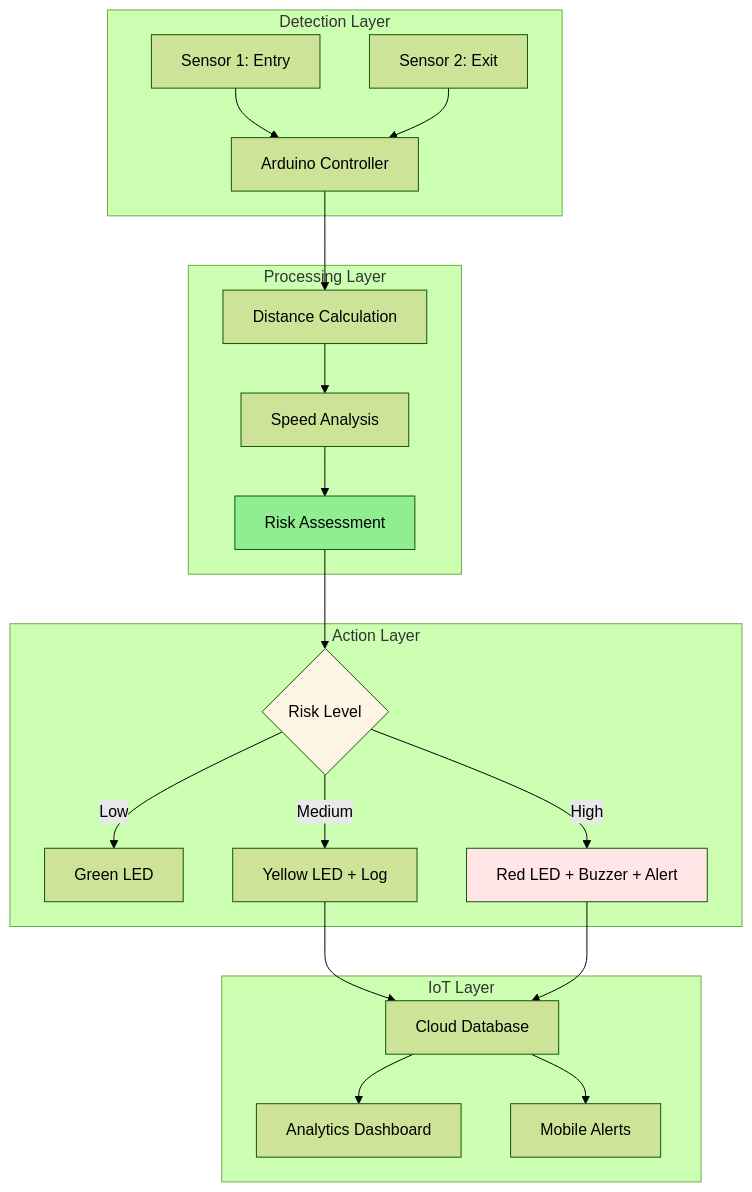
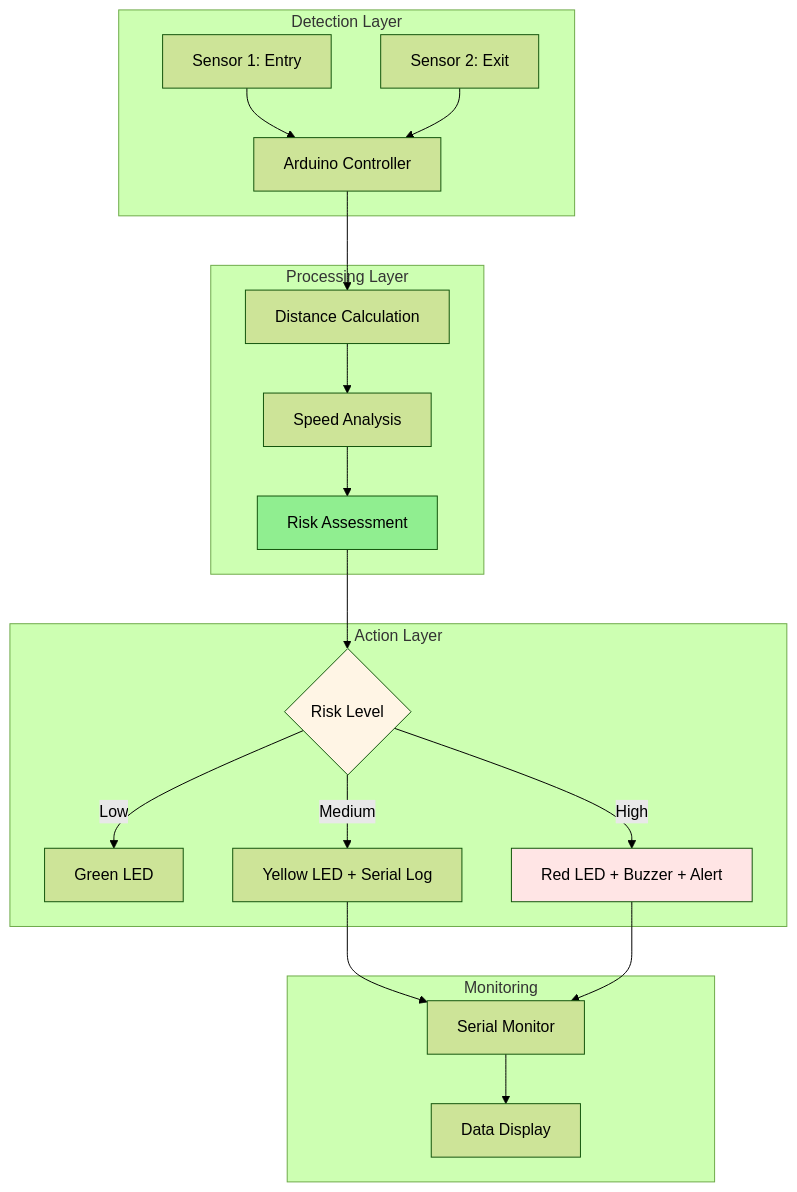
One commit to FlemingJohn/U-Turn-Guardians changed the second of 2 diagrams in README.md. Above: the diagram before and after it, drawn with Mermaid (forest theme). The commit also changed other lines of this file, not shown here.

Commit message:
Remove cloud/IoT references - update to accurate embedded system implementation

````diff
--- a/README.md
+++ b/README.md
@@ -223,31 +215,30 @@
 ```mermaid
 graph TB
     subgraph "Detection Layer"
         A[Sensor 1: Entry] --> C[Arduino Controller]
         B[Sensor 2: Exit] --> C
     end
     
     subgraph "Processing Layer"
         C --> D[Distance Calculation]
         D --> E[Speed Analysis]
         E --> F[Risk Assessment]
     end
     
     subgraph "Action Layer"
         F --> G{Risk Level}
         G -->|Low| H[Green LED]
-        G -->|Medium| I[Yellow LED + Log]
+        G -->|Medium| I[Yellow LED + Serial Log]
         G -->|High| J[Red LED + Buzzer + Alert]
     end
     
-    subgraph "IoT Layer"
-        I --> K[Cloud Database]
+    subgraph "Monitoring"
+        I --> K[Serial Monitor]
         J --> K
-        K --> L[Analytics Dashboard]
-        K --> M[Mobile Alerts]
+        K --> L[Data Display]
     end
     
     style F fill:#90EE90
     style G fill:#FFF5E5
     style J fill:#FFE5E5
 ```
````
